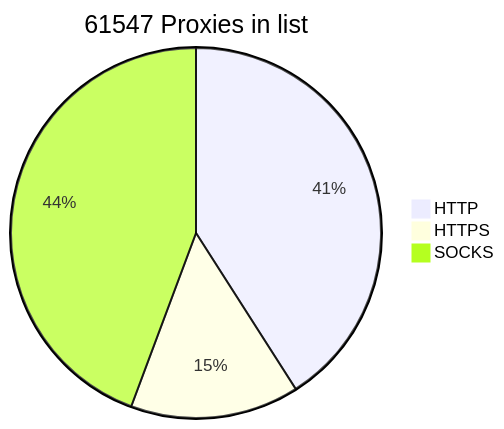
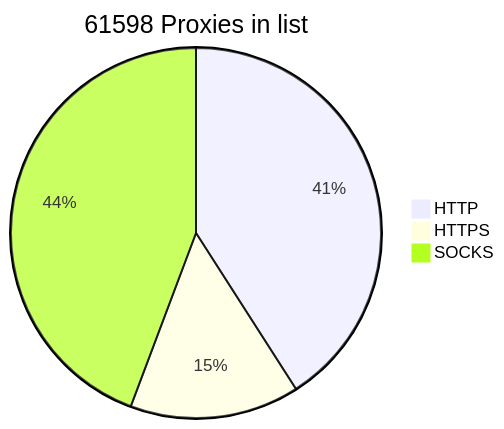
Before and after one commit to BlackSnowDot/proxylist-update-every-minute: the diagram in README.md, drawn with Mermaid.

````diff
--- a/README.md
+++ b/README.md
@@ -2,6 +2,6 @@
 ```mermaid
-pie title 61547 Proxies in list
-    "HTTP" : 28582
-    "HTTPS": 10294
+pie title 61598 Proxies in list
+    "HTTP" : 28595
+    "HTTPS": 10339
     "SOCKS" : 30929
 ```
````
